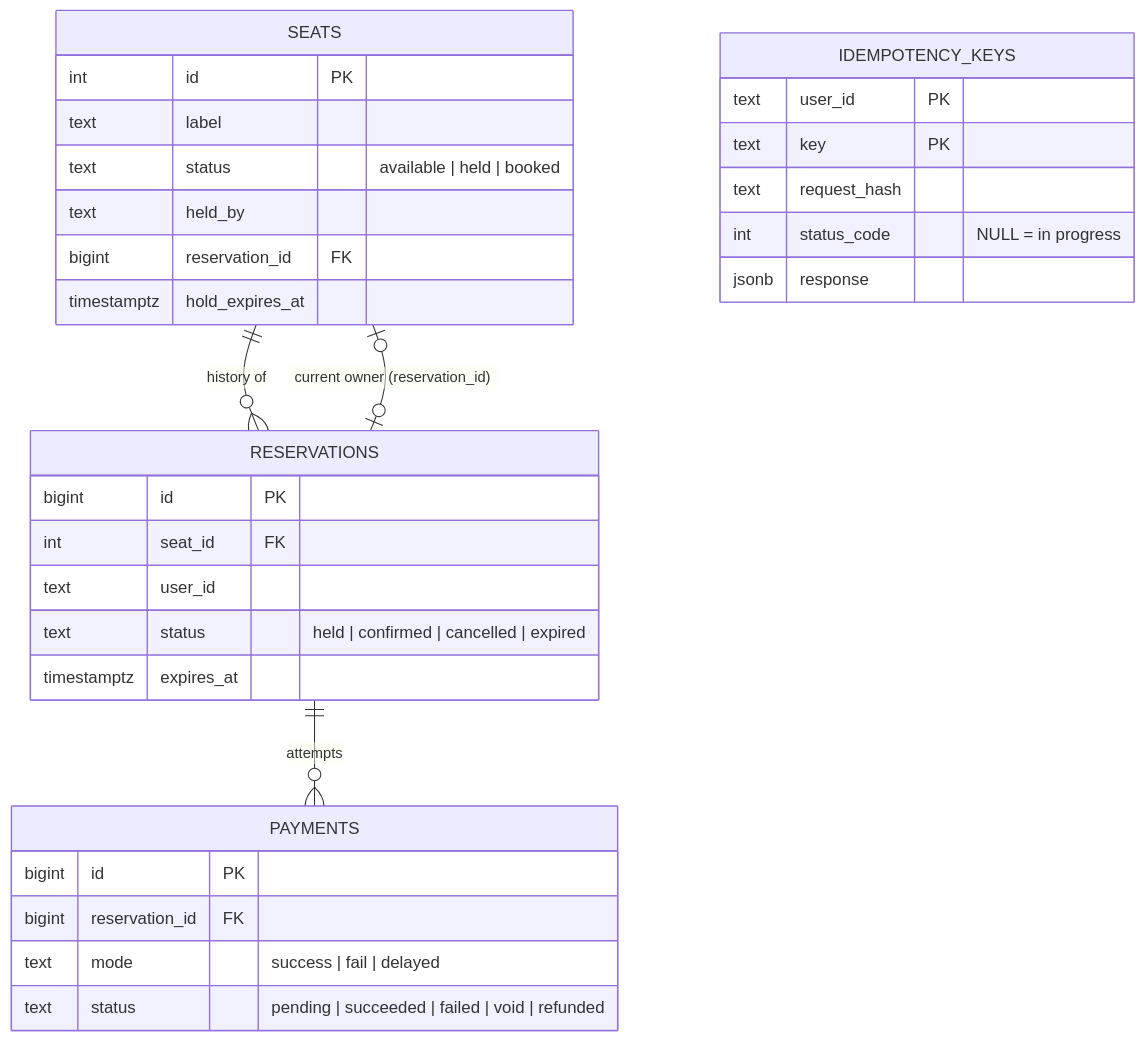
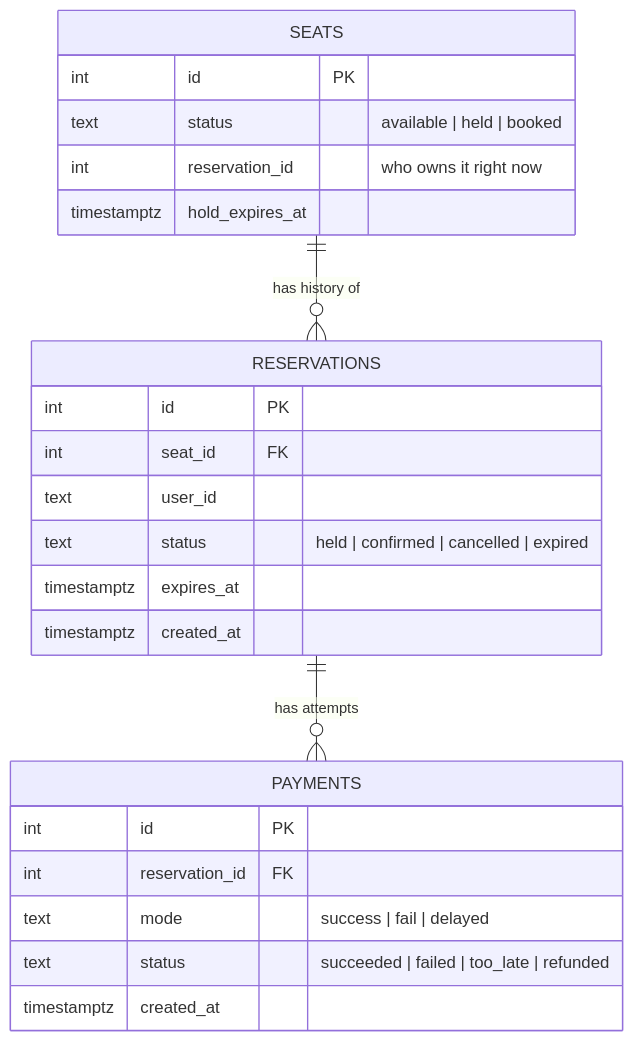
The first of 3 diagrams in README.md (aruagrawal01-ops/CC_Task), drawn with Mermaid before and after one commit. The commit also changed other lines of this file and 22 other files, not shown here.

````diff
--- a/README.md
+++ b/README.md
@@ -61,34 +88,26 @@
 ```mermaid
 erDiagram
-    SEATS ||--o{ RESERVATIONS : "history of"
-    SEATS |o--o| RESERVATIONS : "current owner (reservation_id)"
-    RESERVATIONS ||--o{ PAYMENTS : "attempts"
+    SEATS ||--o{ RESERVATIONS : "has history of"
+    RESERVATIONS ||--o{ PAYMENTS : "has attempts"
     SEATS {
         int id PK
-        text label
         text status "available | held | booked"
-        text held_by
-        bigint reservation_id FK
+        int reservation_id "who owns it right now"
         timestamptz hold_expires_at
     }
     RESERVATIONS {
-        bigint id PK
+        int id PK
         int seat_id FK
         text user_id
         text status "held | confirmed | cancelled | expired"
         timestamptz expires_at
+        timestamptz created_at
     }
     PAYMENTS {
-        bigint id PK
-        bigint reservation_id FK
+        int id PK
+        int reservation_id FK
         text mode "success | fail | delayed"
-        text status "pending | succeeded | failed | void | refunded"
-    }
-    IDEMPOTENCY_KEYS {
-        text user_id PK
-        text key PK
-        text request_hash
-        int status_code "NULL = in progress"
-        jsonb response
+        text status "succeeded | failed | too_late | refunded"
+        timestamptz created_at
     }
 ```
````
